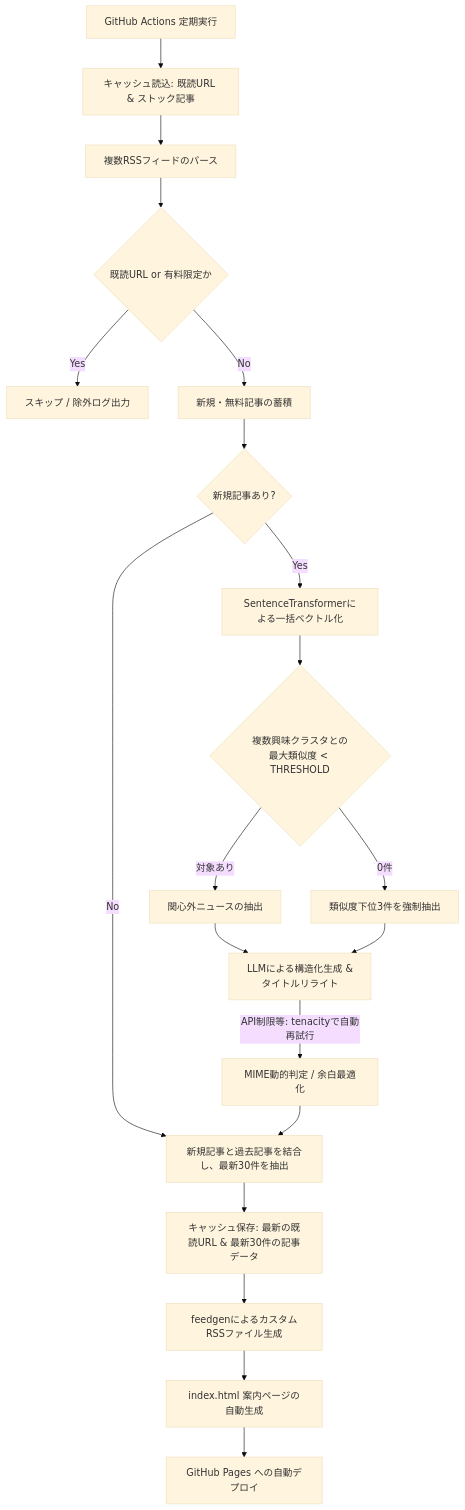
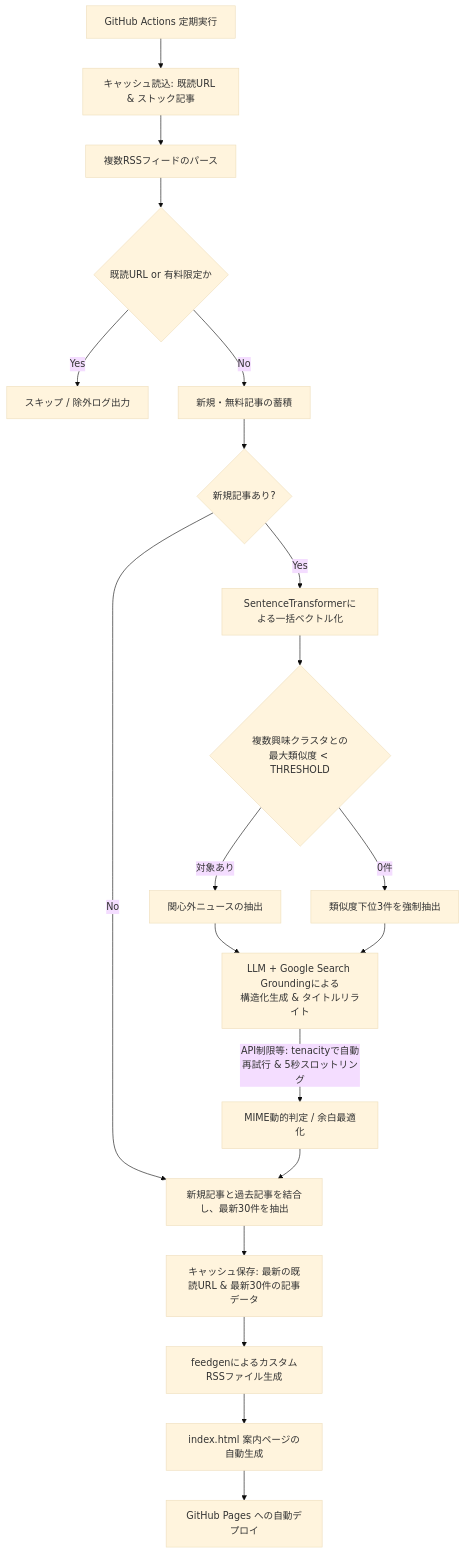
One commit to ph-cookie/rss-sentiment-arbitrage changed the diagram in README.md. Above: the diagram before and after it, drawn with Mermaid (base theme). The commit also changed other lines of this file and 2 other files, not shown here.

````diff
--- a/README.md
+++ b/README.md
@@ -25,26 +28,26 @@
 ```mermaid
 graph TD
     A[GitHub Actions 定期実行] --> B[キャッシュ読込: 既読URL & ストック記事]
     B --> C[複数RSSフィードのパース]
     C --> D{既読URL or 有料限定か}
     D -- Yes --> E[スキップ / 除外ログ出力]
     D -- No --> F[新規・無料記事の蓄積]
     
     F --> G{新規記事あり?}
     G -- No ---> K
     G -- Yes --> H[SentenceTransformerによる一括ベクトル化]
     
     H --> I{複数興味クラスタとの\n最大類似度 < THRESHOLD}
     I -- 対象あり --> J[関心外ニュースの抽出]
     I -- 0件 --> J2[類似度下位3件を強制抽出]
     
-    J --> L[LLMによる構造化生成 & \nタイトルリライト]
+    J --> L[LLM + Google Search Groundingによる\n構造化生成 & タイトルリライト]
     J2 --> L
-    L -- "API制限等: tenacityで自動再試行" --> M[MIME動的判定 / 余白最適化]
+    L -- "API制限等: tenacityで自動再試行 & 5秒スロットリング" --> M[MIME動的判定 / 余白最適化]
     
     M --> K[新規記事と過去記事を結合し、最新30件を抽出]
     K --> N[キャッシュ保存: 最新の既読URL & 最新30件の記事データ]
     N --> O[feedgenによるカスタムRSSファイル生成]
     O --> Q[index.html 案内ページの自動生成]
     Q --> P[GitHub Pages への自動デプロイ]
 ```
````
